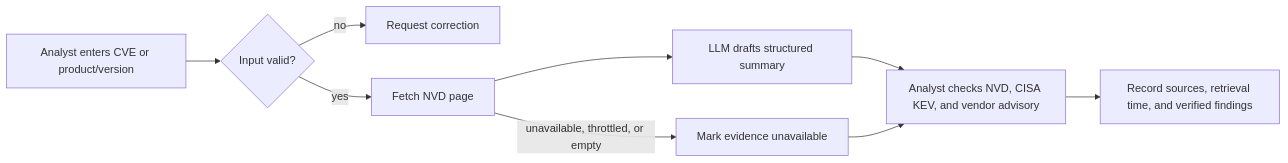
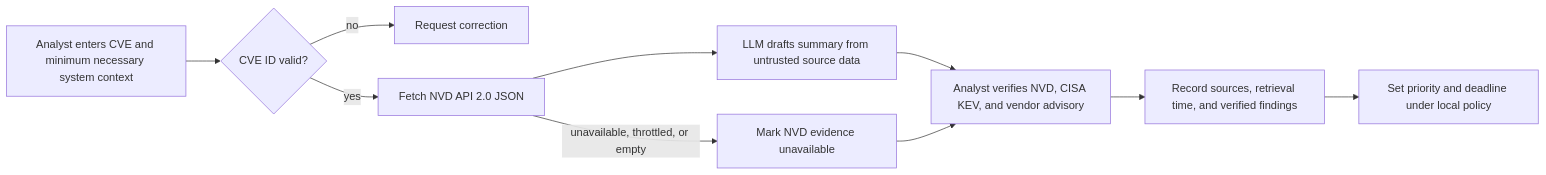
One commit to Pnwcomputers/ULTIMATE-CYBERSECURITY-MASTER-GUIDE changed the diagram in AI/AnythingLLM/flow-cve_lookup.md. Above: the diagram before and after it, drawn with Mermaid. The commit also changed other lines of this file, not shown here.

Commit message:
Correct CVE lookup API and risk examples

````diff
--- a/AI/AnythingLLM/flow-cve_lookup.md
+++ b/AI/AnythingLLM/flow-cve_lookup.md
@@ -621,11 +621,12 @@
 ```mermaid
 flowchart LR
-    A[Analyst enters CVE or product/version] --> B{Input valid?}
+    A[Analyst enters CVE and minimum necessary system context] --> B{CVE ID valid?}
     B -- no --> C[Request correction]
-    B -- yes --> D[Fetch NVD page]
-    D --> E[LLM drafts structured summary]
-    D -- unavailable, throttled, or empty --> F[Mark evidence unavailable]
-    E --> G[Analyst checks NVD, CISA KEV, and vendor advisory]
+    B -- yes --> D[Fetch NVD API 2.0 JSON]
+    D --> E[LLM drafts summary from untrusted source data]
+    D -- unavailable, throttled, or empty --> F[Mark NVD evidence unavailable]
+    E --> G[Analyst verifies NVD, CISA KEV, and vendor advisory]
     F --> G
     G --> H[Record sources, retrieval time, and verified findings]
+    H --> I[Set priority and deadline under local policy]
 ```
````
